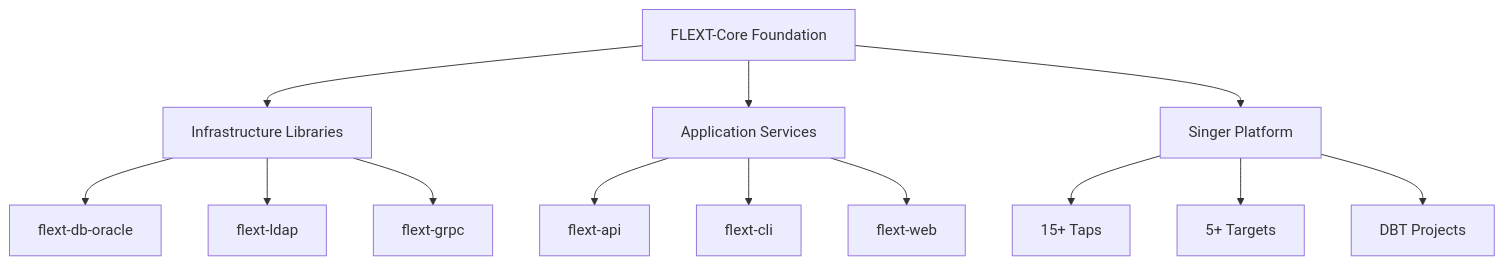
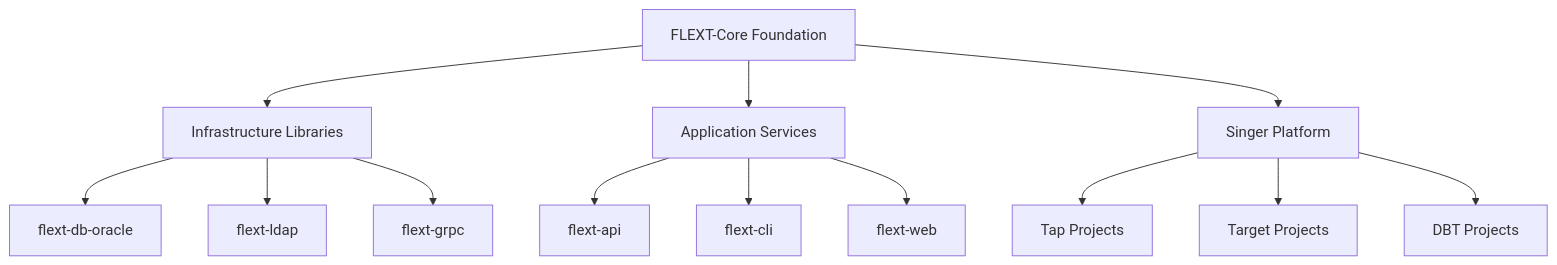
Before and after one commit to flext-sh/flext-core: the diagram in README.md, drawn with Mermaid. The commit also changed other lines of this file and 47 other files, not shown here.

````diff
--- a/README.md
+++ b/README.md
@@ -52,18 +57,18 @@
 ```mermaid
 graph TB
     Core[FLEXT-Core Foundation] --> Infra[Infrastructure Libraries]
     Core --> Apps[Application Services]
     Core --> Singer[Singer Platform]
 
     Infra --> DB[flext-db-oracle]
     Infra --> LDAP[flext-ldap]
     Infra --> GRPC[flext-grpc]
 
     Apps --> API[flext-api]
     Apps --> CLI[flext-cli]
     Apps --> Web[flext-web]
 
-    Singer --> Taps[15+ Taps]
-    Singer --> Targets[5+ Targets]
+    Singer --> Taps[Tap Projects]
+    Singer --> Targets[Target Projects]
     Singer --> DBT[DBT Projects]
 ```
````
